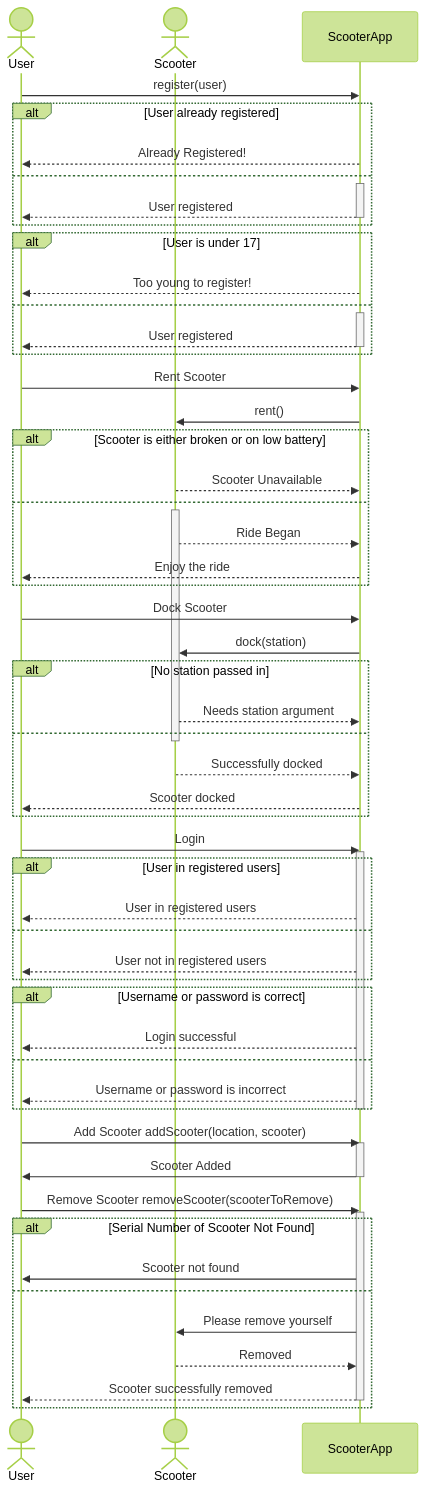
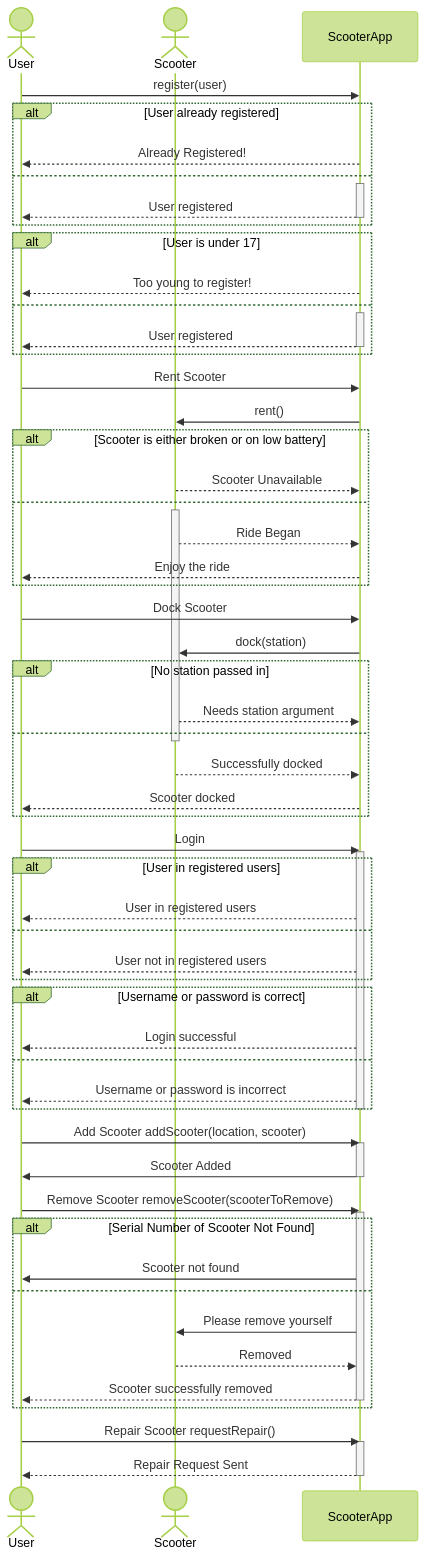
One commit to JoshuaLaurence/scooter-project changed the diagram in diagrams/scooterHireSystem-sequenceDiagram.mmd. Above: the diagram before and after it, drawn with Mermaid (forest theme). The commit also changed 6 other files, not shown here.

```diff
--- a/diagrams/scooterHireSystem-sequenceDiagram.mmd
+++ b/diagrams/scooterHireSystem-sequenceDiagram.mmd
@@ -1,70 +1,75 @@
 sequenceDiagram
 
     actor User
     actor Scooter
 
     User ->> ScooterApp: register(user)
     alt User already registered
         ScooterApp -->> User: Already Registered!
     else
         activate ScooterApp
         ScooterApp -->> User: User registered
         deactivate ScooterApp
     end
     alt User is under 17
         ScooterApp -->> User: Too young to register!
     else
         activate ScooterApp
         ScooterApp -->> User: User registered
         deactivate ScooterApp
     end
 
     User ->> ScooterApp: Rent Scooter
     ScooterApp ->> Scooter: rent()
     alt Scooter is either broken or on low battery
         Scooter -->> ScooterApp: Scooter Unavailable
     else
         activate Scooter
         Scooter -->> ScooterApp: Ride Began
         ScooterApp -->> User: Enjoy the ride
     end
 
     User ->> ScooterApp: Dock Scooter
     ScooterApp ->> Scooter: dock(station)
     alt No station passed in
         Scooter -->> ScooterApp: Needs station argument
     else
         deactivate Scooter
         Scooter -->> ScooterApp: Successfully docked
         ScooterApp -->> User: Scooter docked
     end
 
     User ->> ScooterApp: Login
     activate ScooterApp
     alt User in registered users
         ScooterApp -->> User: User in registered users
     else
         ScooterApp -->> User: User not in registered users
     end
     alt Username or password is correct
         ScooterApp -->> User: Login successful
     else
         ScooterApp -->> User: Username or password is incorrect
     end
     deactivate ScooterApp
 
     User ->> ScooterApp: Add Scooter addScooter(location, scooter)
     activate ScooterApp
     ScooterApp ->> User: Scooter Added
     deactivate ScooterApp
 
     User ->> ScooterApp: Remove Scooter removeScooter(scooterToRemove)
     activate ScooterApp
     alt Serial Number of Scooter Not Found
         ScooterApp ->> User: Scooter not found
     else
         ScooterApp ->> Scooter: Please remove yourself
         Scooter -->> ScooterApp: Removed
         ScooterApp -->> User: Scooter successfully removed
     deactivate ScooterApp
     end
+
+    User ->> ScooterApp: Repair Scooter requestRepair()
+    activate ScooterApp
+    ScooterApp -->> User: Repair Request Sent
+    deactivate ScooterApp
```
